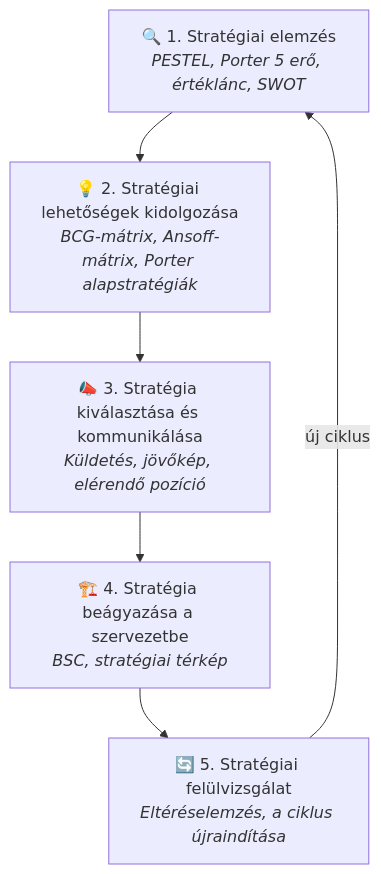
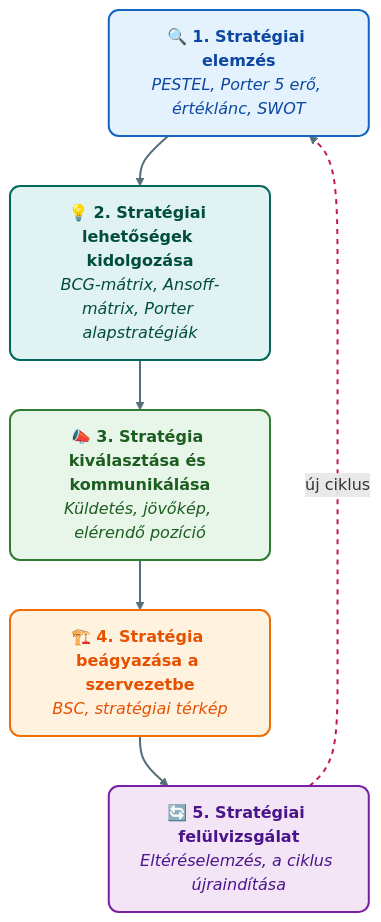
The first of 2 diagrams in Tételek/K18-GIXVS2MBLF-Stratégiai és operatív controlling.tétel.md (denespocsik/MM_BSC_Zarovizsga), drawn with Mermaid before and after one commit. The commit also changed other lines of this file and 34 other files, not shown here.

First line of the commit message:
style(tételek): egységes vizuális arculat a Mermaid-diagramokhoz

````diff
--- a/Tételek/K18-GIXVS2MBLF-Stratégiai és operatív controlling.tétel.md
+++ b/Tételek/K18-GIXVS2MBLF-Stratégiai és operatív controlling.tétel.md
@@ -11,10 +11,19 @@
 ```mermaid
 flowchart TD
-    A["🔍 1. Stratégiai elemzés<br/><i>PESTEL, Porter 5 erő, értéklánc, SWOT</i>"]
-    B["💡 2. Stratégiai lehetőségek kidolgozása<br/><i>BCG-mátrix, Ansoff-mátrix, Porter alapstratégiák</i>"]
-    C["📣 3. Stratégia kiválasztása és kommunikálása<br/><i>Küldetés, jövőkép, elérendő pozíció</i>"]
-    D["🏗️ 4. Stratégia beágyazása a szervezetbe<br/><i>BSC, stratégiai térkép</i>"]
-    E["🔄 5. Stratégiai felülvizsgálat<br/><i>Eltéréselemzés, a ciklus újraindítása</i>"]
+    A["🔍 <b>1. Stratégiai elemzés</b><br/><i>PESTEL, Porter 5 erő, értéklánc, SWOT</i>"]:::kek
+    B["💡 <b>2. Stratégiai lehetőségek kidolgozása</b><br/><i>BCG-mátrix, Ansoff-mátrix, Porter alapstratégiák</i>"]:::turkiz
+    C["📣 <b>3. Stratégia kiválasztása és kommunikálása</b><br/><i>Küldetés, jövőkép, elérendő pozíció</i>"]:::zold
+    D["🏗️ <b>4. Stratégia beágyazása a szervezetbe</b><br/><i>BSC, stratégiai térkép</i>"]:::narancs
+    E["🔄 <b>5. Stratégiai felülvizsgálat</b><br/><i>Eltéréselemzés, a ciklus újraindítása</i>"]:::lila
 
     A --> B --> C --> D --> E -->|"új ciklus"| A
+
+    classDef kek     fill:#e3f2fd,stroke:#1565c0,stroke-width:2px,color:#0d47a1,rx:10,ry:10;
+    classDef zold    fill:#e8f5e9,stroke:#2e7d32,stroke-width:2px,color:#1b5e20,rx:10,ry:10;
+    classDef narancs fill:#fff3e0,stroke:#ef6c00,stroke-width:2px,color:#e65100,rx:10,ry:10;
+    classDef lila    fill:#f3e5f5,stroke:#7b1fa2,stroke-width:2px,color:#4a148c,rx:10,ry:10;
+    classDef turkiz  fill:#e0f2f1,stroke:#00695c,stroke-width:2px,color:#004d40,rx:10,ry:10;
+
+    linkStyle default stroke:#546e7a,stroke-width:2px;
+    linkStyle 4 stroke:#c2185b,stroke-width:2px,stroke-dasharray: 5 5;
 ```
````
